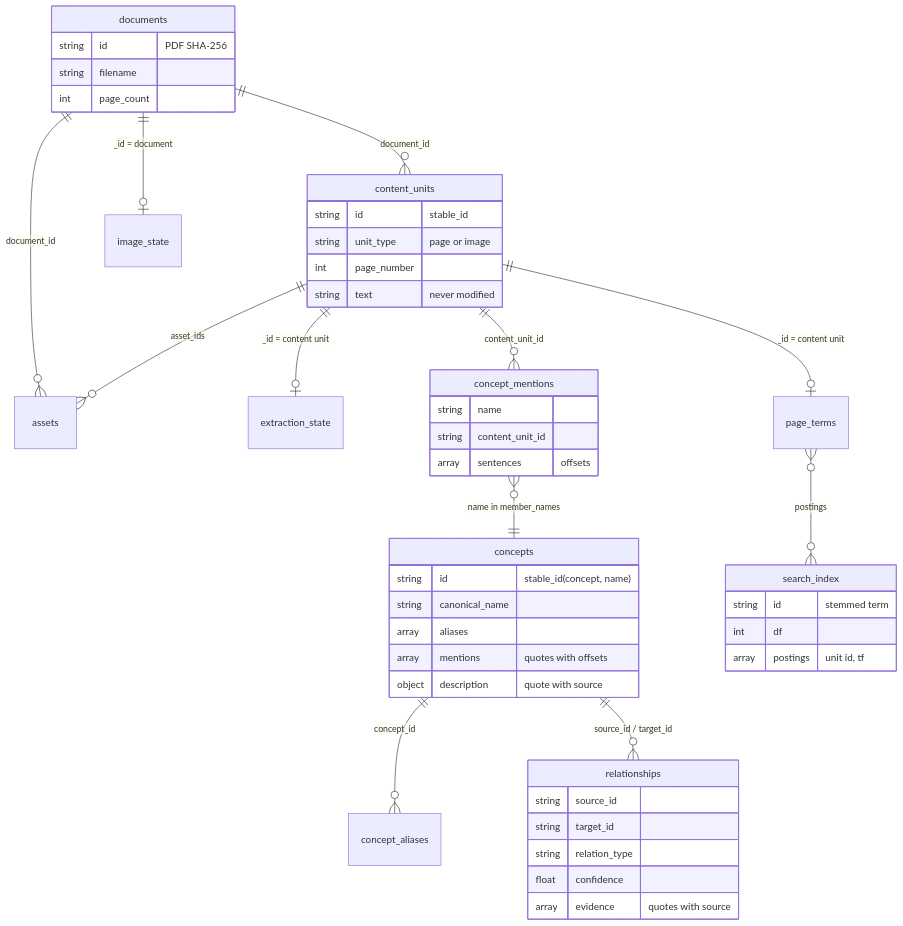
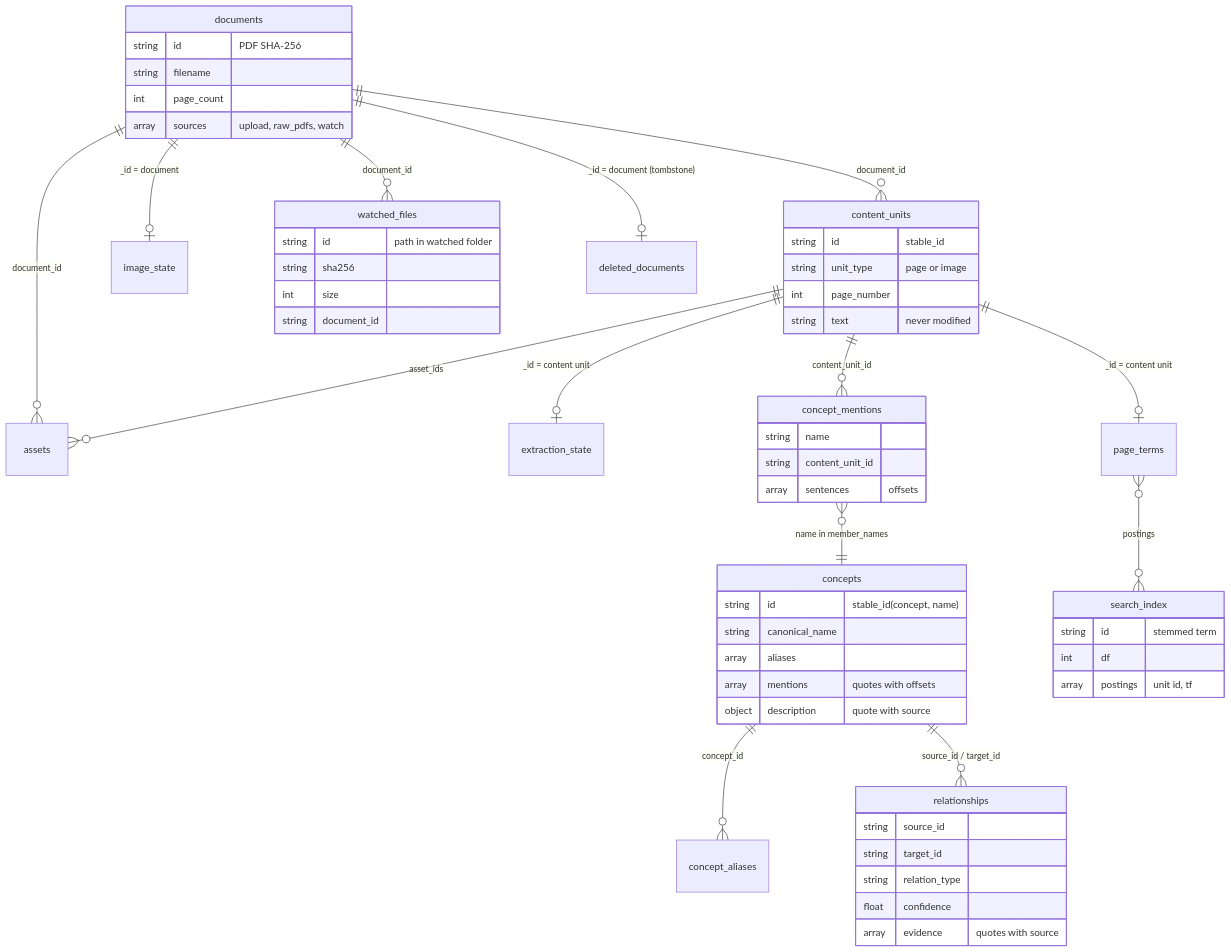
Before and after one commit to pri-2711/KnowSphere: the seventh of 7 diagrams in docs/DATA_FLOW.md, drawn with Mermaid. The commit also changed other lines of this file and 26 other files, not shown here.

````diff
--- a/docs/DATA_FLOW.md
+++ b/docs/DATA_FLOW.md
@@ -197,50 +228,59 @@
 ```mermaid
 erDiagram
     documents ||--o{ content_units : "document_id"
     documents ||--o{ assets : "document_id"
     content_units ||--o| extraction_state : "_id = content unit"
     content_units ||--o| page_terms : "_id = content unit"
     content_units ||--o{ concept_mentions : "content_unit_id"
     concept_mentions }o--|| concepts : "name in member_names"
     concepts ||--o{ concept_aliases : "concept_id"
     concepts ||--o{ relationships : "source_id / target_id"
     page_terms }o--o{ search_index : "postings"
     content_units ||--o{ assets : "asset_ids"
     documents ||--o| image_state : "_id = document"
+    documents ||--o{ watched_files : "document_id"
+    documents ||--o| deleted_documents : "_id = document (tombstone)"
 
     documents {
         string id "PDF SHA-256"
         string filename
         int page_count
+        array sources "upload, raw_pdfs, watch"
+    }
+    watched_files {
+        string id "path in watched folder"
+        string sha256
+        int size
+        string document_id
     }
     content_units {
         string id "stable_id"
         string unit_type "page or image"
         int page_number
         string text "never modified"
     }
     concept_mentions {
         string name
         string content_unit_id
         array sentences "offsets"
     }
     concepts {
         string id "stable_id(concept, name)"
         string canonical_name
         array aliases
         array mentions "quotes with offsets"
         object description "quote with source"
     }
     relationships {
         string source_id
         string target_id
         string relation_type
         float confidence
         array evidence "quotes with source"
     }
     search_index {
         string id "stemmed term"
         int df
         array postings "unit id, tf"
     }
 ```
````
